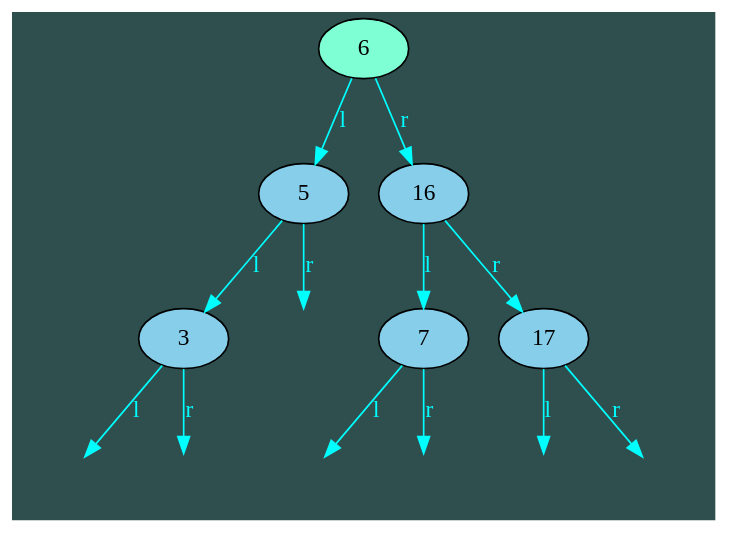
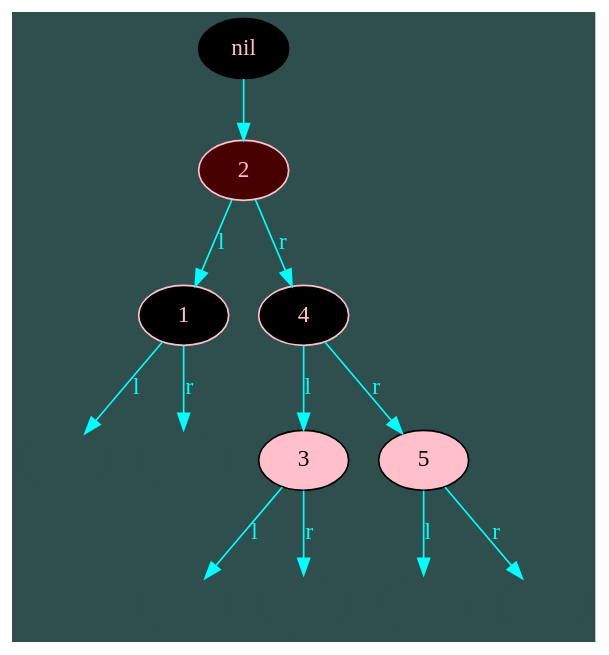
One commit to 71frukt/Red-BlackTree changed the diagram in tmp_cfg.dot. Above: the diagram before and after it, drawn with Graphviz. The commit also changed 4 other files, not shown here.

```diff
--- a/tmp_cfg.dot
+++ b/tmp_cfg.dot
@@ -1,29 +1,27 @@
 digraph G{                                           
    bgcolor = "darkslategray"
    edge [color = "aqua"]; 
-node_0x603000000220[  shape     = "ellipse", style     = filled, fillcolor = "skyblue", color     = "black", fontcolor = "black", label     = "3"]
-node_0x6030000001c0[  shape     = "ellipse", style     = filled, fillcolor = "skyblue", color     = "black", fontcolor = "black", label     = "5"]
-node_0x6030000000d0[  shape     = "ellipse", style     = filled, fillcolor = "aquamarine", color     = "black", fontcolor = "black", label     = "6"]
-node_0x603000000130[  shape     = "ellipse", style     = filled, fillcolor = "skyblue", color     = "black", fontcolor = "black", label     = "7"]
-node_0x6030000001f0[  shape     = "ellipse", style     = filled, fillcolor = "skyblue", color     = "black", fontcolor = "black", label     = "16"]
-node_0x603000000160[  shape     = "ellipse", style     = filled, fillcolor = "skyblue", color     = "black", fontcolor = "black", label     = "17"]
-node_0x180c00000088[  shape     = "ellipse", style     = filled, fillcolor = "darkslategray", color     = "darkslategray", fontcolor = "black", label     = ""]
-node_0x603000000220->node_0x180c00000088 [label="l", color="aqua", fontcolor="aqua"]
-node_0xc0600000044[  shape     = "ellipse", style     = filled, fillcolor = "darkslategray", color     = "darkslategray", fontcolor = "black", label     = ""]
-node_0x603000000220->node_0xc0600000044 [label="r", color="aqua", fontcolor="aqua"]
-node_0x6030000001c0->node_0x603000000220 [label="l", color="aqua", fontcolor="aqua"]
-node_0xc0600000038[  shape     = "ellipse", style     = filled, fillcolor = "darkslategray", color     = "darkslategray", fontcolor = "black", label     = ""]
-node_0x6030000001c0->node_0xc0600000038 [label="r", color="aqua", fontcolor="aqua"]
-node_0x6030000000d0->node_0x6030000001c0 [label="l", color="aqua", fontcolor="aqua"]
-node_0x6030000000d0->node_0x6030000001f0 [label="r", color="aqua", fontcolor="aqua"]
-node_0x180c0000004c[  shape     = "ellipse", style     = filled, fillcolor = "darkslategray", color     = "darkslategray", fontcolor = "black", label     = ""]
-node_0x603000000130->node_0x180c0000004c [label="l", color="aqua", fontcolor="aqua"]
-node_0xc0600000026[  shape     = "ellipse", style     = filled, fillcolor = "darkslategray", color     = "darkslategray", fontcolor = "black", label     = ""]
-node_0x603000000130->node_0xc0600000026 [label="r", color="aqua", fontcolor="aqua"]
-node_0x6030000001f0->node_0x603000000130 [label="l", color="aqua", fontcolor="aqua"]
-node_0x6030000001f0->node_0x603000000160 [label="r", color="aqua", fontcolor="aqua"]
-node_0x180c00000058[  shape     = "ellipse", style     = filled, fillcolor = "darkslategray", color     = "darkslategray", fontcolor = "black", label     = ""]
-node_0x603000000160->node_0x180c00000058 [label="l", color="aqua", fontcolor="aqua"]
-node_0xc060000002c[  shape     = "ellipse", style     = filled, fillcolor = "darkslategray", color     = "darkslategray", fontcolor = "black", label     = ""]
-node_0x603000000160->node_0xc060000002c [label="r", color="aqua", fontcolor="aqua"]
+node_0x6030000005b0[  shape     = "ellipse", style     = filled, fillcolor = "black", color     = "black", fontcolor = "pink", label     = "nil"]
+node_0x603000000e80[  shape     = "ellipse", style     = filled, fillcolor = "#470101", color     = "pink", fontcolor = "pink", label     = "2"]
+node_0x6030000005b0->node_0x603000000e80 [label="", color="aqua", fontcolor="aqua", weight="1000"  ]
+node_0x603000000f40[  shape     = "ellipse", style     = filled, fillcolor = "black", color     = "pink", fontcolor = "pink", label     = "1"]
+node_0x6030000011e0[  shape     = "ellipse", style     = filled, fillcolor = "pink", color     = "black", fontcolor = "black", label     = "3"]
+node_0x603000001120[  shape     = "ellipse", style     = filled, fillcolor = "black", color     = "pink", fontcolor = "pink", label     = "4"]
+node_0x6030000013c0[  shape     = "ellipse", style     = filled, fillcolor = "pink", color     = "black", fontcolor = "black", label     = "5"]
+node_0x180c000003d0[  shape     = "ellipse", style     = filled, fillcolor = "darkslategray", color     = "darkslategray", fontcolor = "black", label     = ""]
+node_0x603000000f40->node_0x180c000003d0 [label="l", color="aqua", fontcolor="aqua", weight="1"  ]
+node_0xc06000001e8[  shape     = "ellipse", style     = filled, fillcolor = "darkslategray", color     = "darkslategray", fontcolor = "black", label     = ""]
+node_0x603000000f40->node_0xc06000001e8 [label="r", color="aqua", fontcolor="aqua", weight="1"  ]
+node_0x603000000e80->node_0x603000000f40 [label="l", color="aqua", fontcolor="aqua", weight="1"  ]
+node_0x603000000e80->node_0x603000001120 [label="r", color="aqua", fontcolor="aqua", weight="1"  ]
+node_0x180c00000478[  shape     = "ellipse", style     = filled, fillcolor = "darkslategray", color     = "darkslategray", fontcolor = "black", label     = ""]
+node_0x6030000011e0->node_0x180c00000478 [label="l", color="aqua", fontcolor="aqua", weight="1"  ]
+node_0xc060000023c[  shape     = "ellipse", style     = filled, fillcolor = "darkslategray", color     = "darkslategray", fontcolor = "black", label     = ""]
+node_0x6030000011e0->node_0xc060000023c [label="r", color="aqua", fontcolor="aqua", weight="1"  ]
+node_0x603000001120->node_0x6030000011e0 [label="l", color="aqua", fontcolor="aqua", weight="1"  ]
+node_0x603000001120->node_0x6030000013c0 [label="r", color="aqua", fontcolor="aqua", weight="1"  ]
+node_0x180c000004f0[  shape     = "ellipse", style     = filled, fillcolor = "darkslategray", color     = "darkslategray", fontcolor = "black", label     = ""]
+node_0x6030000013c0->node_0x180c000004f0 [label="l", color="aqua", fontcolor="aqua", weight="1"  ]
+node_0xc0600000278[  shape     = "ellipse", style     = filled, fillcolor = "darkslategray", color     = "darkslategray", fontcolor = "black", label     = ""]
+node_0x6030000013c0->node_0xc0600000278 [label="r", color="aqua", fontcolor="aqua", weight="1"  ]
 }
```
